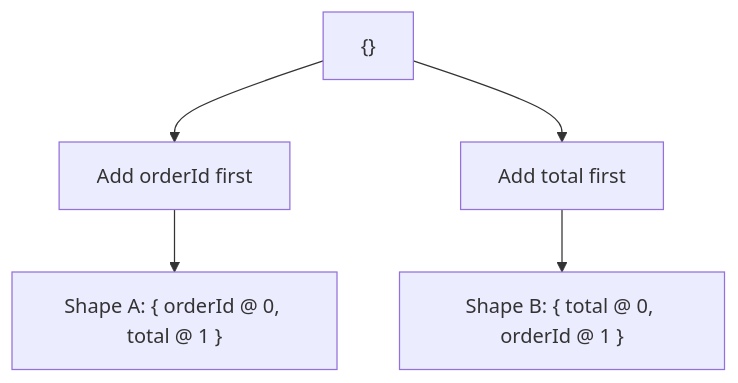
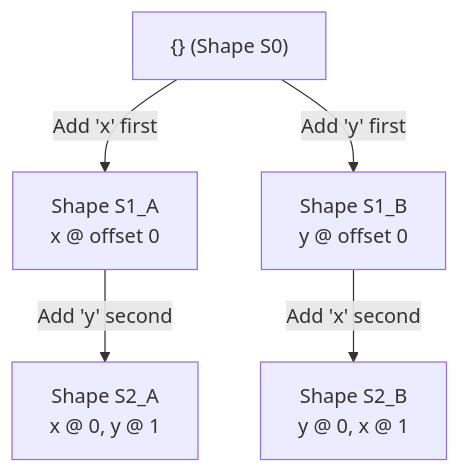
Before and after one commit to Amie-dev/engineering-playbook: the third of 4 diagrams in js-internals/07-hidden-classes-and-shapes.md, drawn with Mermaid. The commit also changed other lines of this file and 17 other files, not shown here.

````diff
--- a/js-internals/07-hidden-classes-and-shapes.md
+++ b/js-internals/07-hidden-classes-and-shapes.md
@@ -37,5 +47,8 @@
 ```mermaid
 flowchart TD
-    Root["{}"] --> PathA["Add orderId first"] --> ShapeA["Shape A: { orderId @ 0, total @ 1 }"]
-    Root --> PathB["Add total first"] --> ShapeB["Shape B: { total @ 0, orderId @ 1 }"]
+    Root["{} (Shape S0)"] -->|Add 'x' first| BranchA["Shape S1_A<br/>x @ offset 0"]
+    BranchA -->|Add 'y' second| ShapeA["Shape S2_A<br/>x @ 0, y @ 1"]
+
+    Root -->|Add 'y' first| BranchB["Shape S1_B<br/>y @ offset 0"]
+    BranchB -->|Add 'x' second| ShapeB["Shape S2_B<br/>y @ 0, x @ 1"]
 ```
````
